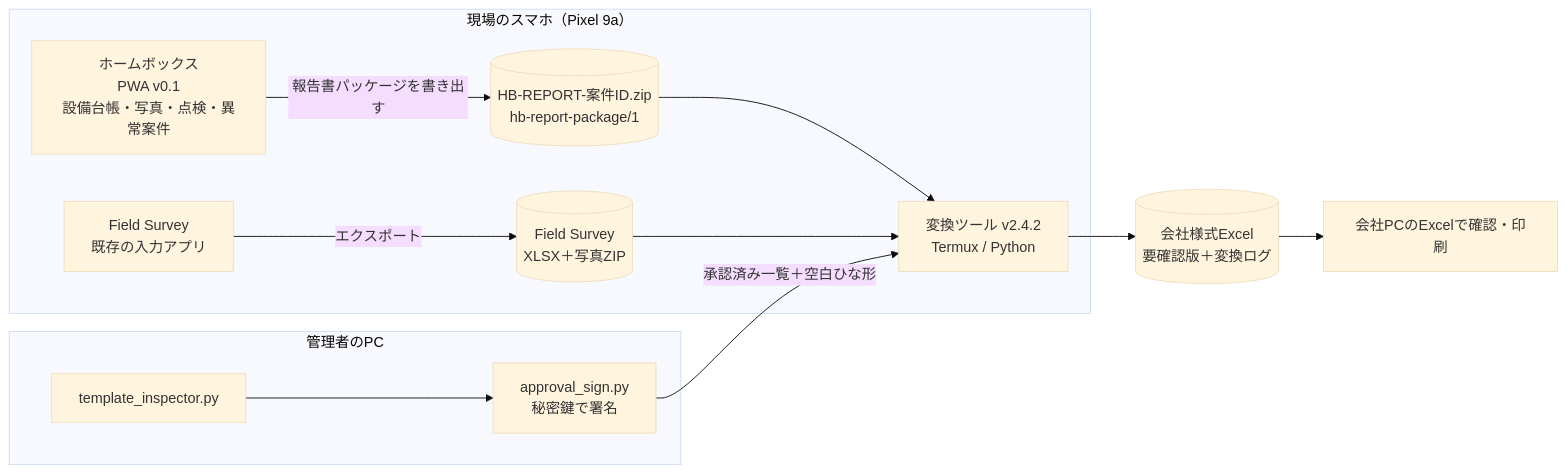
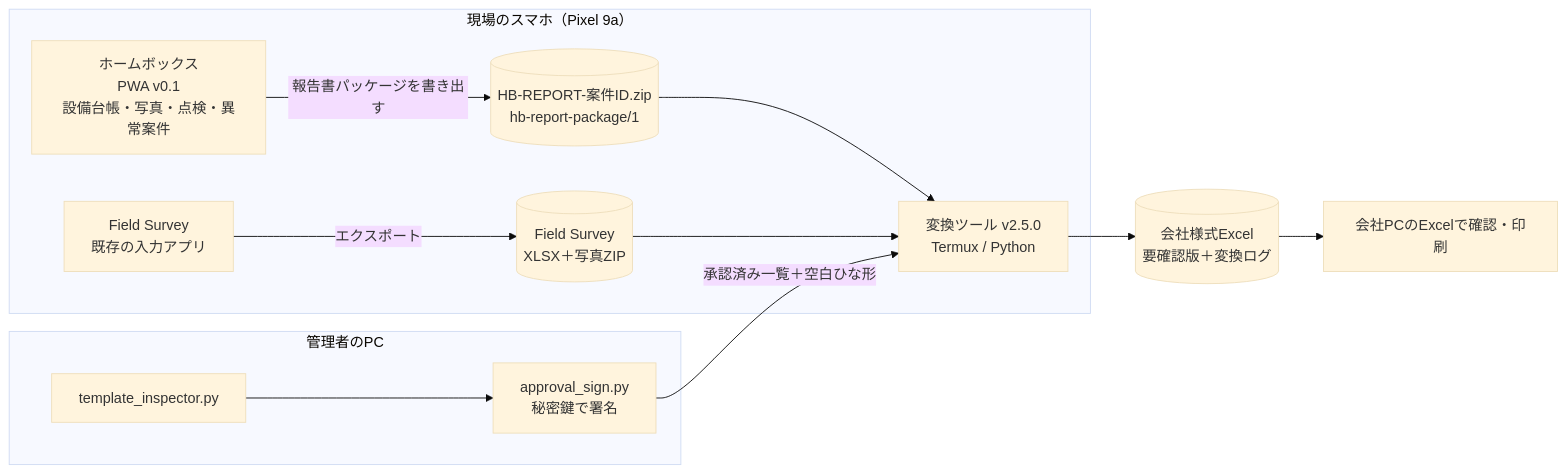
Before and after one commit to bohita7783-star/cloud: the diagram in homebox-app/ARCHITECTURE.md, drawn with Mermaid (base theme). The commit also changed other lines of this file and 65 other files, not shown here.

````diff
--- a/homebox-app/ARCHITECTURE.md
+++ b/homebox-app/ARCHITECTURE.md
@@ -12,20 +12,20 @@
 ```mermaid
 flowchart LR
   subgraph phone[現場のスマホ（Pixel 9a）]
     HB[ホームボックス<br/>PWA v0.1<br/>設備台帳・写真・点検・異常案件]
     FS[Field Survey<br/>既存の入力アプリ]
     PKG[(HB-REPORT-案件ID.zip<br/>hb-report-package/1)]
     FSX[(Field Survey<br/>XLSX＋写真ZIP)]
-    CV[変換ツール v2.4.2<br/>Termux / Python]
+    CV[変換ツール v2.5.0<br/>Termux / Python]
     HB -- 報告書パッケージを書き出す --> PKG
     FS -- エクスポート --> FSX
     PKG --> CV
     FSX --> CV
   end
   subgraph admin[管理者のPC]
     INS[template_inspector.py] --> SIGN[approval_sign.py<br/>秘密鍵で署名]
   end
   SIGN -- 承認済み一覧＋空白ひな形 --> CV
   CV --> XLS[(会社様式Excel<br/>要確認版＋変換ログ)]
   XLS --> PC[会社PCのExcelで確認・印刷]
 ```
````
